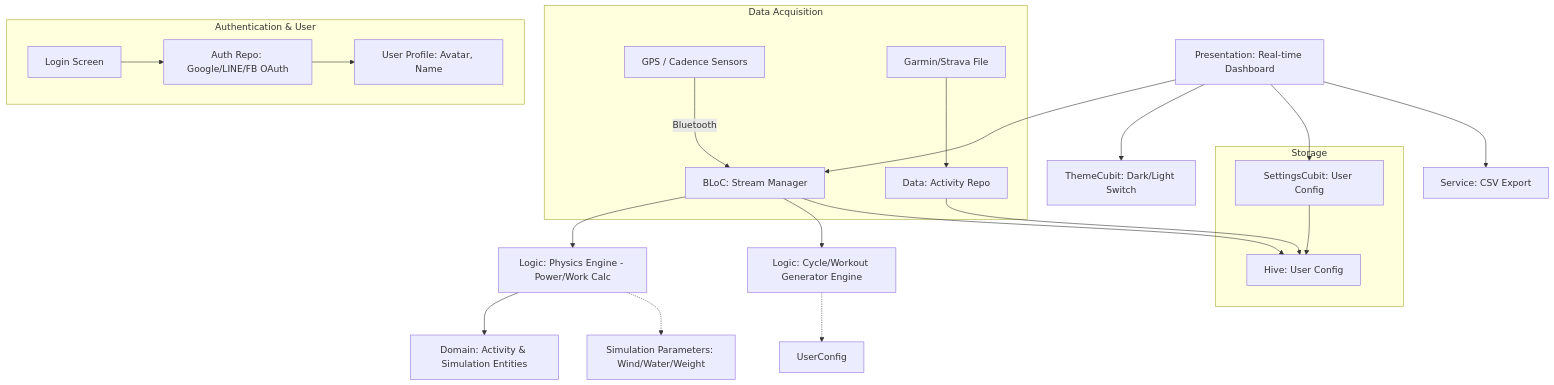
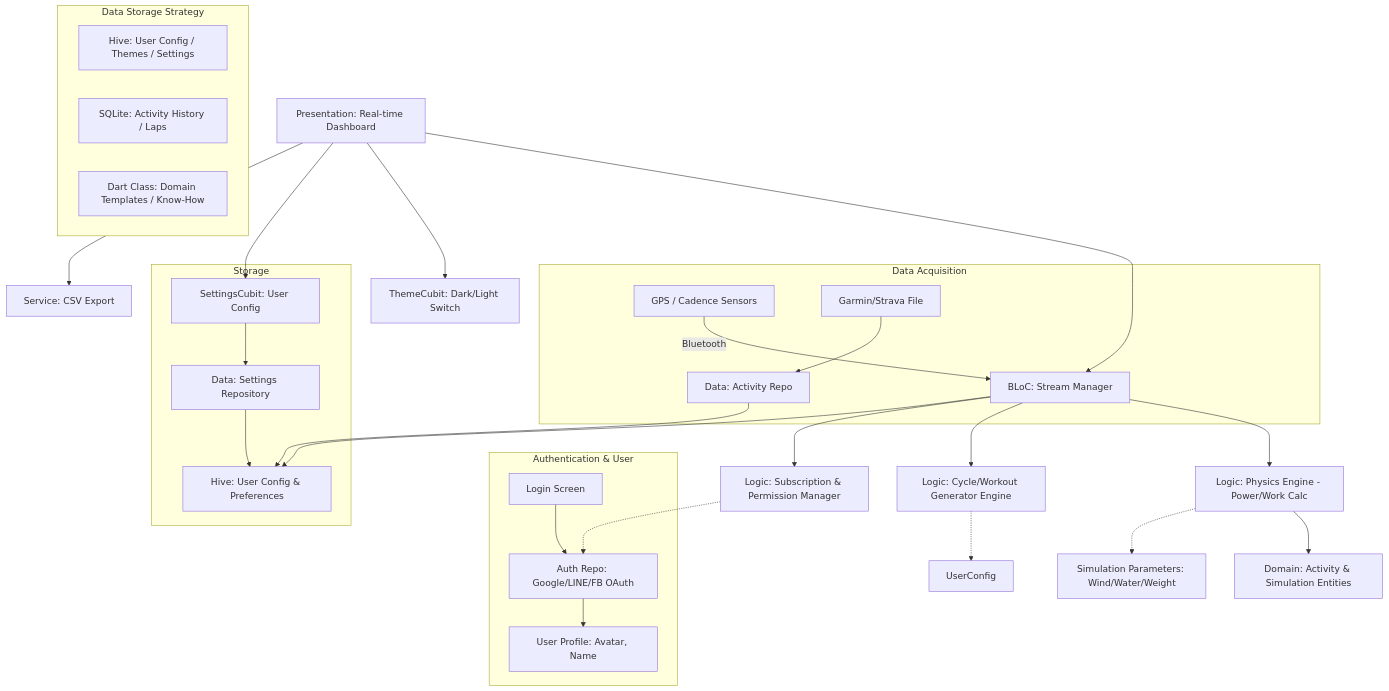
Before and after one commit to xmanflasher/dptapp: the first of 4 diagrams in docs/system_design.md, drawn with Mermaid. The commit also changed other lines of this file and 7 other files, not shown here.

````diff
--- a/docs/system_design.md
+++ b/docs/system_design.md
@@ -6,32 +7,42 @@
 ```mermaid
 graph TD
     UI[Presentation: Real-time Dashboard] --> BLoC[BLoC: Stream Manager]
     UI --> ThemeCubit[ThemeCubit: Dark/Light Switch]
     UI --> SettingsCubit[SettingsCubit: User Config]
     
     BLoC --> Engine[Logic: Physics Engine - Power/Work Calc]
     Engine --> Domain[Domain: Activity & Simulation Entities]
     
     BLoC --> CycleGen[Logic: Cycle/Workout Generator Engine]
     CycleGen -.-> UserConfig
+    
+    BLoC --> SubManager[Logic: Subscription & Permission Manager]
+    SubManager -.-> AuthLayer
     
     UI --> ExportService[Service: CSV Export]
     
     subgraph "Data Acquisition"
         Sensors[GPS / Cadence Sensors] -- Bluetooth --> BLoC
         Import[Garmin/Strava File] --> DataLayer[Data: Activity Repo]
     end
     
     subgraph "Authentication & User"
         AuthUI[Login Screen] --> AuthLayer[Auth Repo: Google/LINE/FB OAuth]
         AuthLayer --> UserProfile[User Profile: Avatar, Name]
     end
     
     subgraph "Storage"
         DataLayer --> Hive[Hive: Activity History]
-        SettingsCubit --> Hive[Hive: User Config]
+        SettingsCubit --> SettingsRepo[Data: Settings Repository]
+        SettingsRepo --> Hive[Hive: User Config & Preferences]
         BLoC --> Hive
     end
     
     Engine -.-> Params[Simulation Parameters: Wind/Water/Weight]
+  
+  subgraph "Data Storage Strategy"
+      HiveConfig[Hive: User Config / Themes / Settings]
+      SQLiteData[SQLite: Activity History / Laps]
+      DartStatic[Dart Class: Domain Templates / Know-How]
+  end
 ```
````
